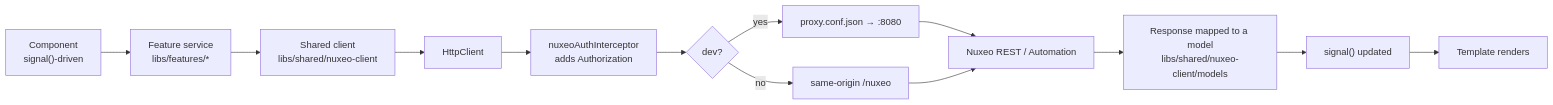
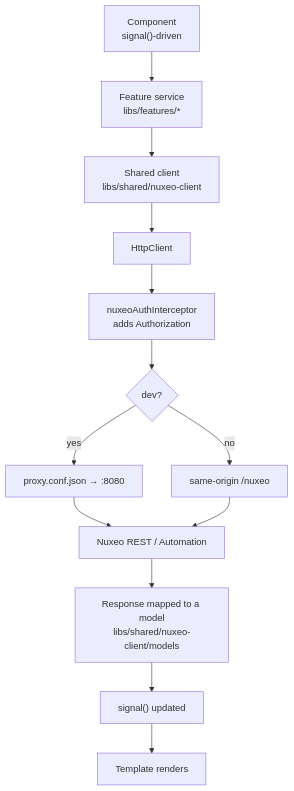
One commit to nuxeo/agentic-ui-poc changed the third of 7 diagrams in documentation/30-engineering/02-architecture.md. Above: the diagram before and after it, drawn with Mermaid. The commit also changed other lines of this file and 8 other files, not shown here.

First line of the commit message:
fix(docs): diagrams render as diagrams, and internal links actually work

````diff
--- a/documentation/30-engineering/02-architecture.md
+++ b/documentation/30-engineering/02-architecture.md
@@ -156,15 +156,15 @@
 ```mermaid
-flowchart LR
+flowchart TD
   A["Component<br/>signal()-driven"] --> B["Feature service<br/>libs/features/*"]
   B --> C["Shared client<br/>libs/shared/nuxeo-client"]
   C --> D["HttpClient"]
   D --> E["nuxeoAuthInterceptor<br/>adds Authorization"]
   E --> F{"dev?"}
   F -->|yes| G["proxy.conf.json → :8080"]
   F -->|no| H["same-origin /nuxeo"]
   G --> I["Nuxeo REST / Automation"]
   H --> I
   I --> J["Response mapped to a model<br/>libs/shared/nuxeo-client/models"]
   J --> K["signal() updated"]
   K --> L["Template renders"]
 ```
````
